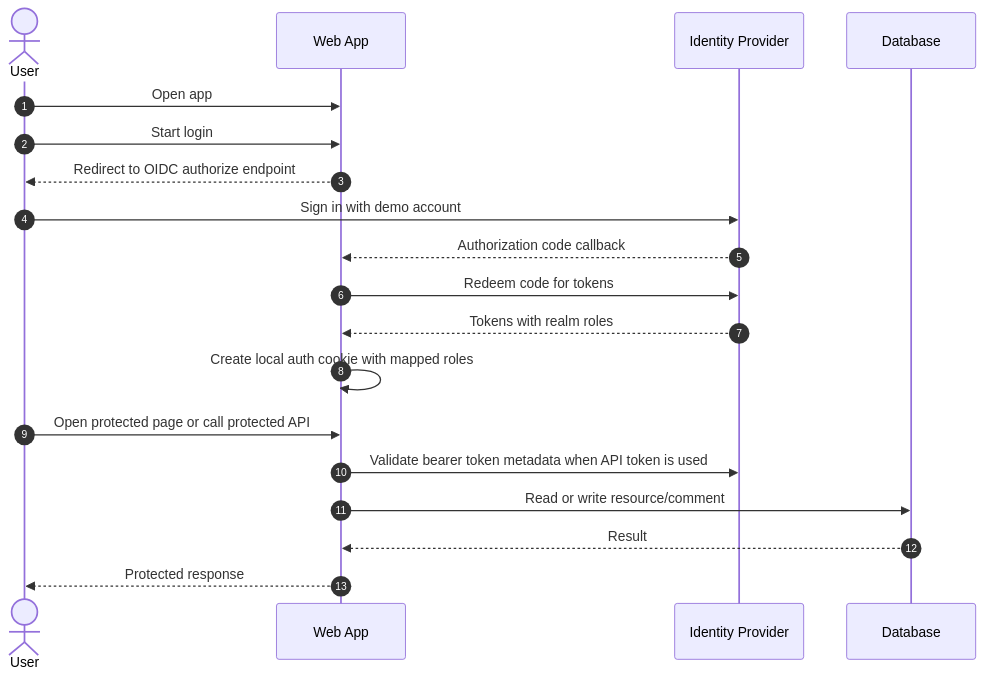
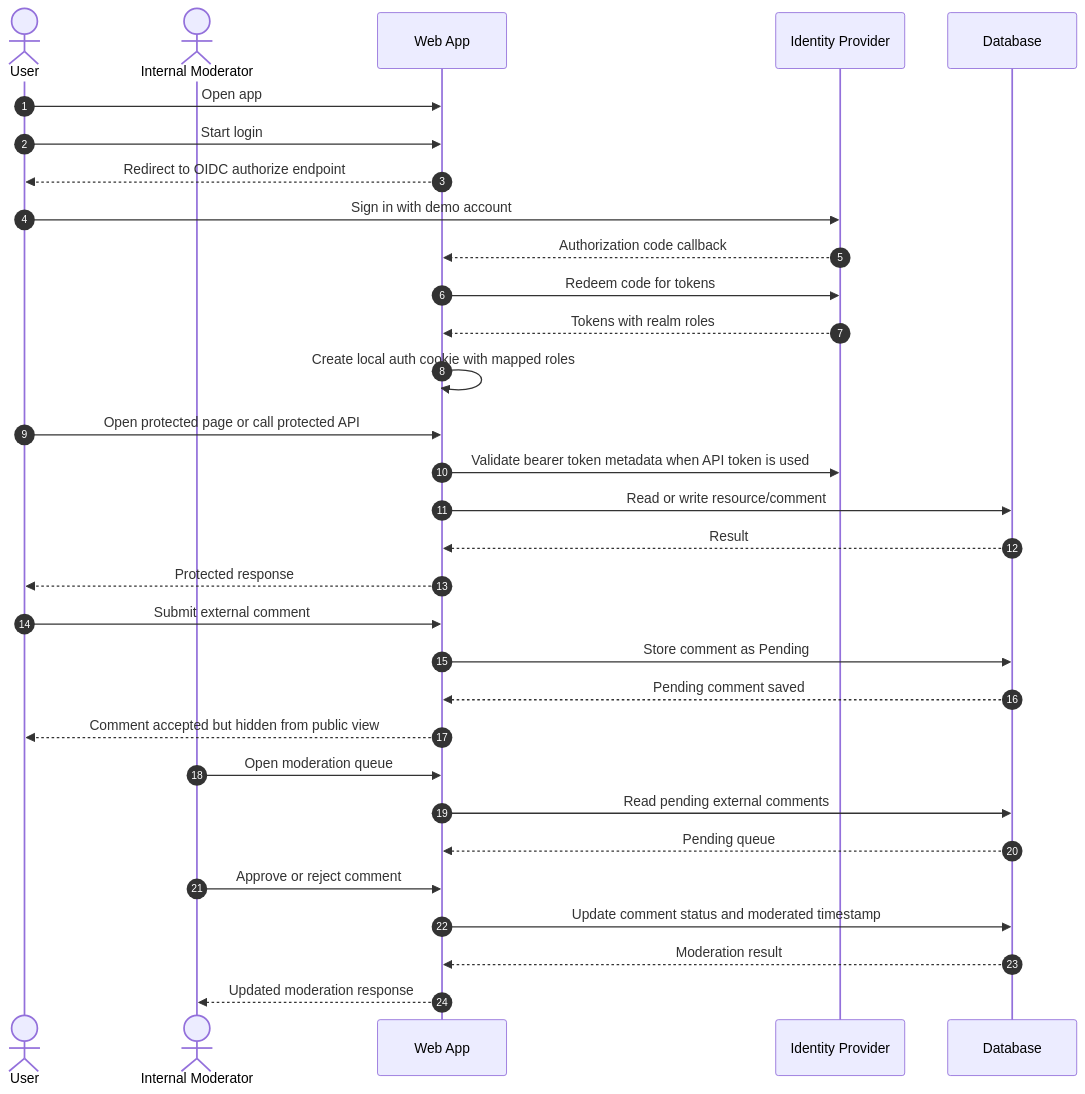
Before and after one commit to SPOooON/wigo4it-blijvenleren-mvp: the diagram in diagrams/auth-sequence.mmd, drawn with Mermaid. The commit also changed 17 other files, not shown here.

Commit message:
Add external comment moderation flow

```diff
--- a/diagrams/auth-sequence.mmd
+++ b/diagrams/auth-sequence.mmd
@@ -1,20 +1,34 @@
 sequenceDiagram
     autonumber
     actor User
+    actor Moderator as Internal Moderator
     participant Web as Web App
     participant IDP as Identity Provider
     participant DB as Database
 
     User->>Web: Open app
     User->>Web: Start login
     Web-->>User: Redirect to OIDC authorize endpoint
     User->>IDP: Sign in with demo account
     IDP-->>Web: Authorization code callback
     Web->>IDP: Redeem code for tokens
     IDP-->>Web: Tokens with realm roles
     Web->>Web: Create local auth cookie with mapped roles
     User->>Web: Open protected page or call protected API
     Web->>IDP: Validate bearer token metadata when API token is used
     Web->>DB: Read or write resource/comment
     DB-->>Web: Result
     Web-->>User: Protected response
+
+    User->>Web: Submit external comment
+    Web->>DB: Store comment as Pending
+    DB-->>Web: Pending comment saved
+    Web-->>User: Comment accepted but hidden from public view
+
+    Moderator->>Web: Open moderation queue
+    Web->>DB: Read pending external comments
+    DB-->>Web: Pending queue
+    Moderator->>Web: Approve or reject comment
+    Web->>DB: Update comment status and moderated timestamp
+    DB-->>Web: Moderation result
+    Web-->>Moderator: Updated moderation response
```
